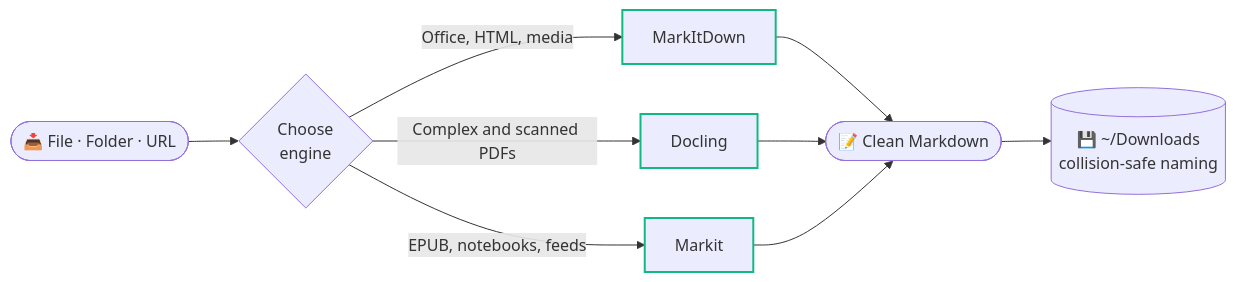
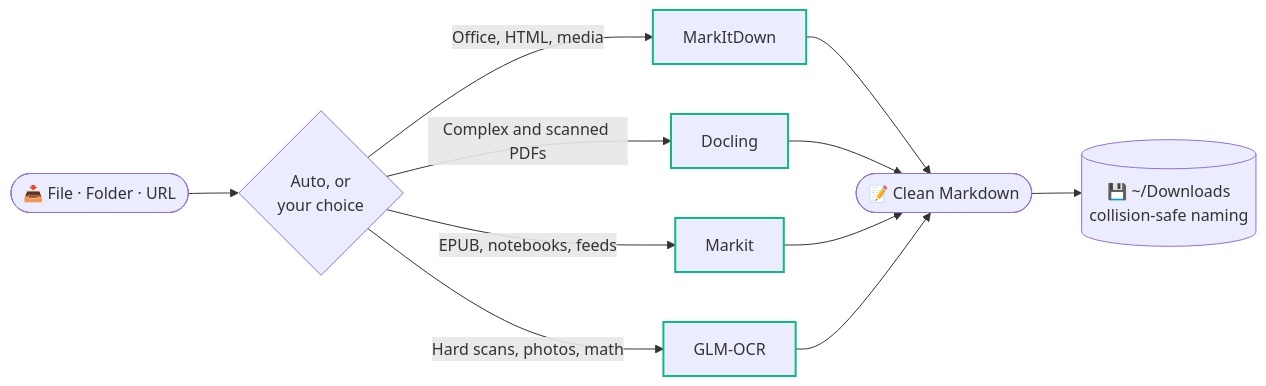
The diagram in README.md (AbdoslamB/InkDoc), drawn with Mermaid before and after one commit. The commit also changed other lines of this file and 62 other files, not shown here.

````diff
--- a/README.md
+++ b/README.md
@@ -174,14 +191,16 @@
 ```mermaid
 flowchart LR
-    IN(["📥 File · Folder · URL"]) --> SEL{"Choose<br/>engine"}
+    IN(["📥 File · Folder · URL"]) --> SEL{"Auto, or<br/>your choice"}
     SEL -->|"Office, HTML, media"| MD["MarkItDown"]
     SEL -->|"Complex and scanned PDFs"| DL["Docling"]
     SEL -->|"EPUB, notebooks, feeds"| MK["Markit"]
+    SEL -->|"Hard scans, photos, math"| GL["GLM-OCR"]
     MD --> OUT(["📝 Clean Markdown"])
     DL --> OUT
     MK --> OUT
+    GL --> OUT
     OUT --> SAVE[("💾 ~/Downloads<br/>collision-safe naming")]
 
     classDef engine stroke:#10b981,stroke-width:2px;
-    class MD,DL,MK engine;
+    class MD,DL,MK,GL engine;
 ```
````
